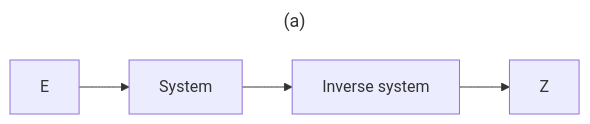
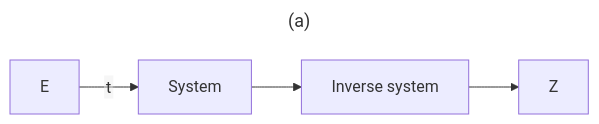
One commit to setrar/dsp changed the sixth of 6 diagrams in signal-processing/kutz/5/README.md. Above: the diagram before and after it, drawn with Mermaid.

````diff
--- a/signal-processing/kutz/5/README.md
+++ b/signal-processing/kutz/5/README.md
@@ -147,10 +147,10 @@
 ```mermaid
 ---
 title: (a)
 ---
 %%{init: {"flowchart": {"htmlLabels": false}} }%%
 flowchart LR
-    E --> F[System]
+    E -->|t| F[System]
     F --> G[Inverse system]
     G --> Z
 ```
````
